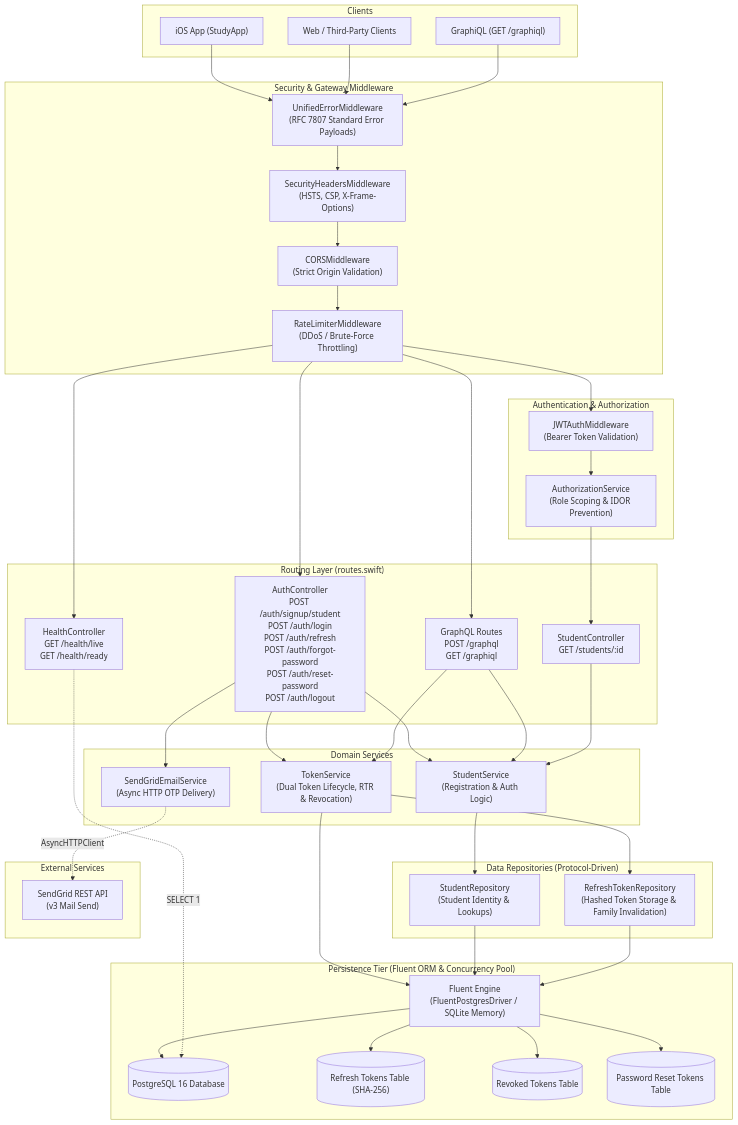
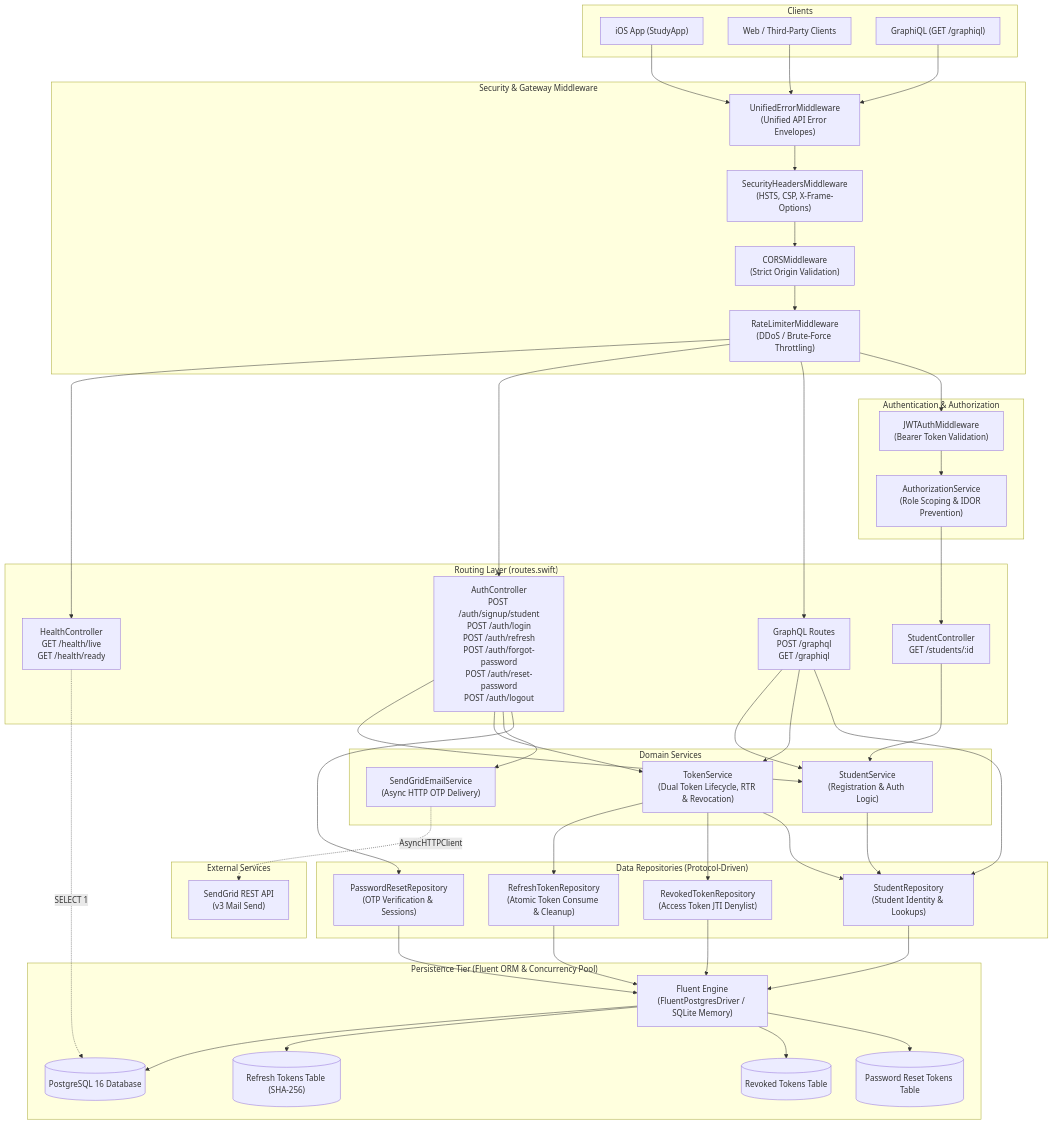
The diagram in README.md (rajeshm20/StudentAppBackend), drawn with Mermaid before and after one commit. The commit also changed other lines of this file and 10 other files, not shown here.

First line of the commit message:
fix(arch): enforce atomic token consume, complete repository layer & correct error specs (#54)

```diff
--- a/README.md
+++ b/README.md
@@ -62,7 +62,7 @@
     end
 
     subgraph SecurityPipeline["Security & Gateway Middleware"]
-        UnifiedErr["UnifiedErrorMiddleware<br/>(RFC 7807 Standard Error Payloads)"]
+        UnifiedErr["UnifiedErrorMiddleware<br/>(Unified API Error Envelopes)"]
         SecHeaders["SecurityHeadersMiddleware<br/>(HSTS, CSP, X-Frame-Options)"]
         CORS["CORSMiddleware<br/>(Strict Origin Validation)"]
         RateLimit["RateLimiterMiddleware<br/>(DDoS / Brute-Force Throttling)"]
@@ -88,7 +88,9 @@
 
     subgraph Repositories["Data Repositories (Protocol-Driven)"]
         StudentRepo["StudentRepository<br/>(Student Identity & Lookups)"]
-        RefreshRepo["RefreshTokenRepository<br/>(Hashed Token Storage & Family Invalidation)"]
+        RefreshRepo["RefreshTokenRepository<br/>(Atomic Token Consume & Cleanup)"]
+        ResetRepo["PasswordResetRepository<br/>(OTP Verification & Sessions)"]
+        RevokedRepo["RevokedTokenRepository<br/>(Access Token JTI Denylist)"]
     end
 
     subgraph Persistence["Persistence Tier (Fluent ORM & Concurrency Pool)"]
@@ -124,10 +126,15 @@
     EmailSvc -.->|"AsyncHTTPClient"| SendGrid
     StudentSvc --> StudentRepo
     TokenSvc --> RefreshRepo
-    TokenSvc --> Fluent
+    TokenSvc --> RevokedRepo
+    TokenSvc --> StudentRepo
+    AuthRoutes --> ResetRepo
+    GraphQLRoute --> StudentRepo
 
     StudentRepo --> Fluent
     RefreshRepo --> Fluent
+    ResetRepo --> Fluent
+    RevokedRepo --> Fluent
 
     Fluent --> Postgres
     Fluent --> RefreshTokens
```
